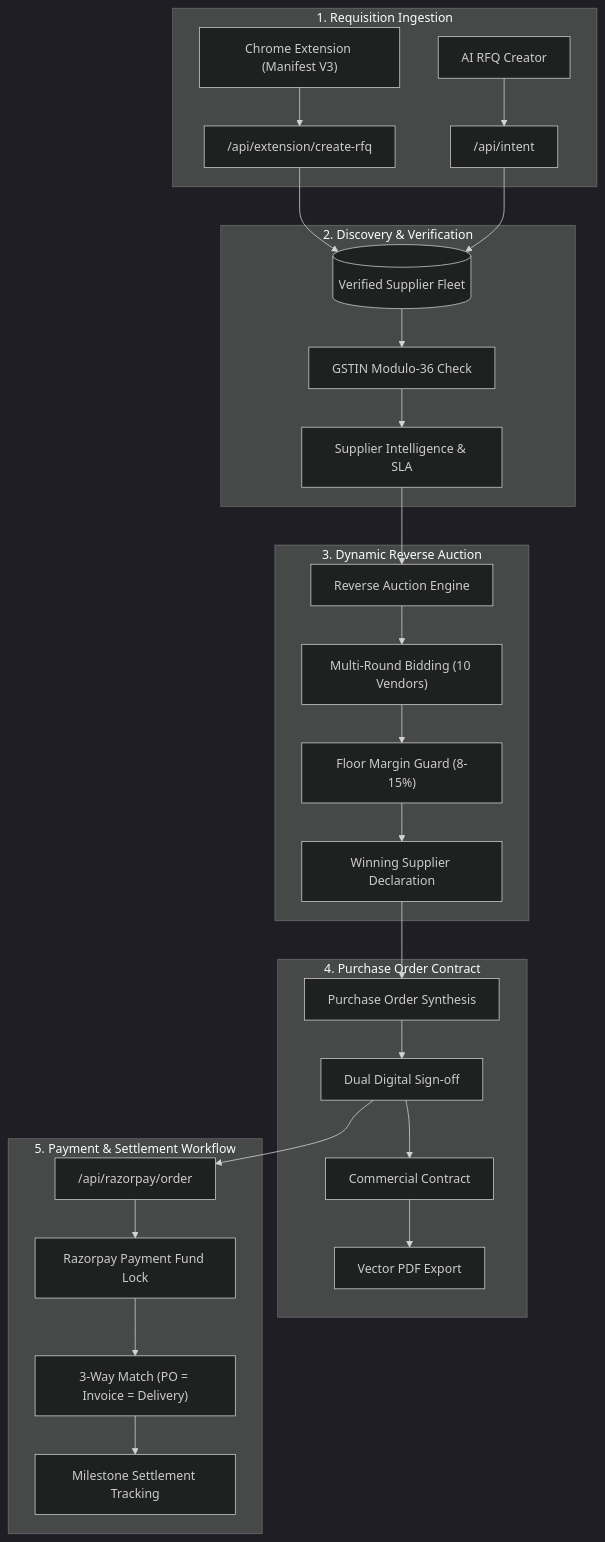
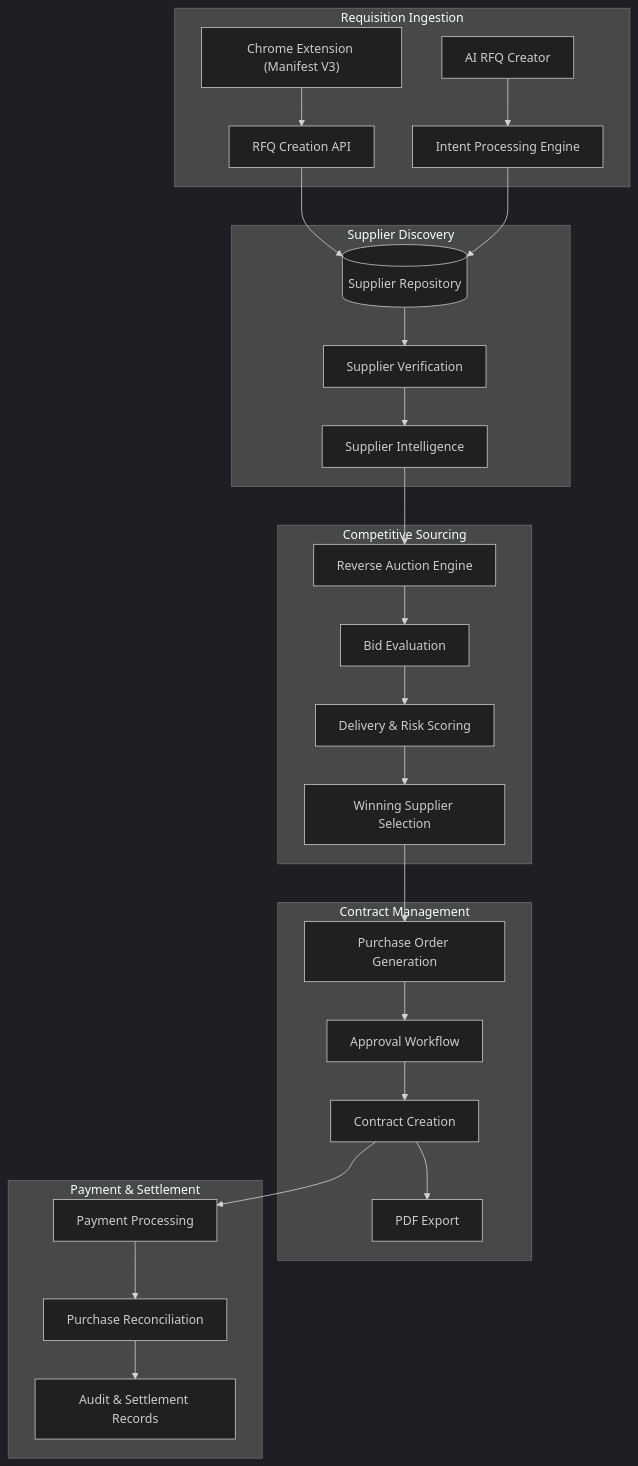
One commit to prabjyotsingh/razorpay-auctraai changed the diagram in README.md. Above: the diagram before and after it, drawn with Mermaid (dark theme). The commit also changed other lines of this file, not shown here.

````diff
--- a/README.md
+++ b/README.md
@@ -146,38 +201,37 @@
 ```mermaid
 graph TD
 
-    subgraph S1["1. Requisition Ingestion"]
+    subgraph S1["Requisition Ingestion"]
         EXT["Chrome Extension (Manifest V3)"]
         WEB["AI RFQ Creator"]
-        EXT --> API_INGEST["/api/extension/create-rfq"]
-        WEB --> API_INTENT["/api/intent"]
+        EXT --> API_INGEST["RFQ Creation API"]
+        WEB --> API_INTENT["Intent Processing Engine"]
     end
 
-    subgraph S2["2. Discovery & Verification"]
-        API_INGEST --> SUP_DB[("Verified Supplier Fleet")]
+    subgraph S2["Supplier Discovery"]
+        API_INGEST --> SUP_DB[("Supplier Repository")]
         API_INTENT --> SUP_DB
-        SUP_DB --> VERIFY["GSTIN Modulo-36 Check"]
-        VERIFY --> PROFILE["Supplier Intelligence & SLA"]
+        SUP_DB --> VERIFY["Supplier Verification"]
+        VERIFY --> PROFILE["Supplier Intelligence"]
     end
 
-    subgraph S3["3. Dynamic Reverse Auction"]
+    subgraph S3["Competitive Sourcing"]
         PROFILE --> AUCTION["Reverse Auction Engine"]
-        AUCTION --> RANKING["Multi-Round Bidding (10 Vendors)"]
-        RANKING --> SLA["Floor Margin Guard (8-15%)"]
-        SLA --> WINNER["Winning Supplier Declaration"]
+        AUCTION --> RANKING["Bid Evaluation"]
+        RANKING --> SLA["Delivery & Risk Scoring"]
+        SLA --> WINNER["Winning Supplier Selection"]
     end
 
-    subgraph S4["4. Purchase Order Contract"]
-        WINNER --> PO["Purchase Order Synthesis"]
-        PO --> APPROVAL["Dual Digital Sign-off"]
-        APPROVAL --> CONTRACT["Commercial Contract"]
-        CONTRACT --> EXPORT["Vector PDF Export"]
+    subgraph S4["Contract Management"]
+        WINNER --> PO["Purchase Order Generation"]
+        PO --> APPROVAL["Approval Workflow"]
+        APPROVAL --> CONTRACT["Contract Creation"]
+        CONTRACT --> EXPORT["PDF Export"]
     end
 
-    subgraph S5["5. Payment & Settlement Workflow"]
-        APPROVAL --> RZP_ORDER["/api/razorpay/order"]
-        RZP_ORDER --> RZP_ESCROW["Razorpay Payment Fund Lock"]
-        RZP_ESCROW --> THREE_WAY["3-Way Match (PO = Invoice = Delivery)"]
-        THREE_WAY --> RZP_SETTLE["Milestone Settlement Tracking"]
+    subgraph S5["Payment & Settlement"]
+        CONTRACT --> PAYMENT["Payment Processing"]
+        PAYMENT --> RECON["Purchase Reconciliation"]
+        RECON --> AUDIT["Audit & Settlement Records"]
     end
 ```
````
